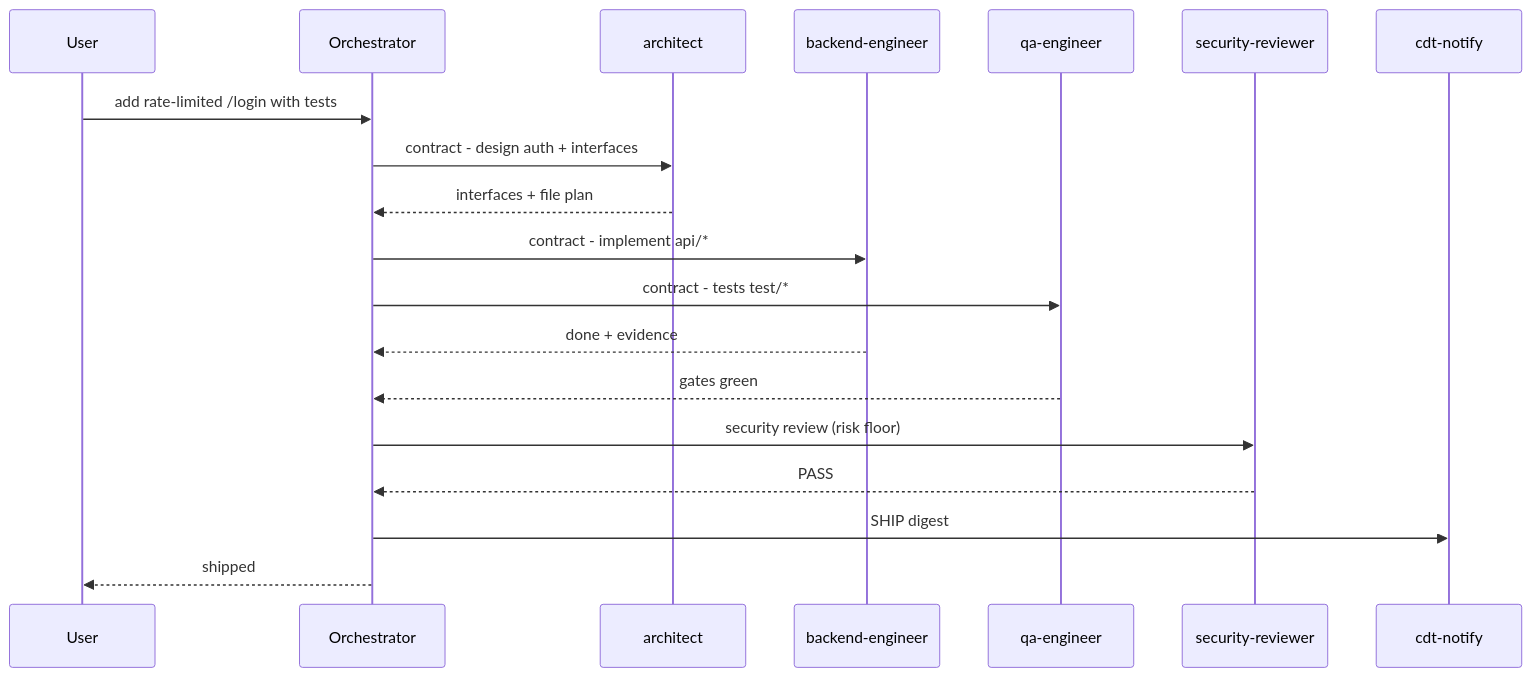
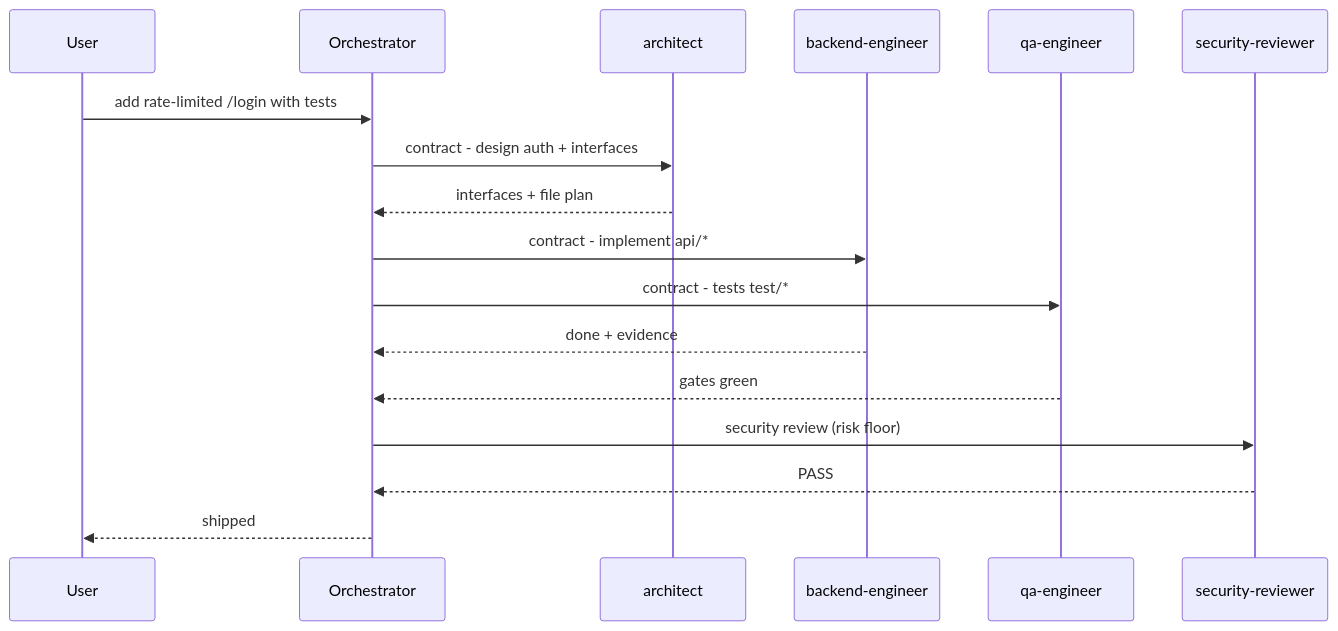
Before and after one commit to jaysonventura/claude-dev-team: the fifth of 7 diagrams in README.md, drawn with Mermaid. The commit also changed other lines of this file and 27 other files, not shown here.

````diff
--- a/README.md
+++ b/README.md
@@ -538,21 +469,19 @@
 ```mermaid
 sequenceDiagram
     participant U as User
     participant O as Orchestrator
     participant A as architect
     participant B as backend-engineer
     participant Q as qa-engineer
     participant S as security-reviewer
-    participant N as cdt-notify
     U->>O: add rate-limited /login with tests
     O->>A: contract - design auth + interfaces
     A-->>O: interfaces + file plan
     O->>B: contract - implement api/*
     O->>Q: contract - tests test/*
     B-->>O: done + evidence
     Q-->>O: gates green
     O->>S: security review (risk floor)
     S-->>O: PASS
-    O->>N: SHIP digest
     O-->>U: shipped
 ```
````
